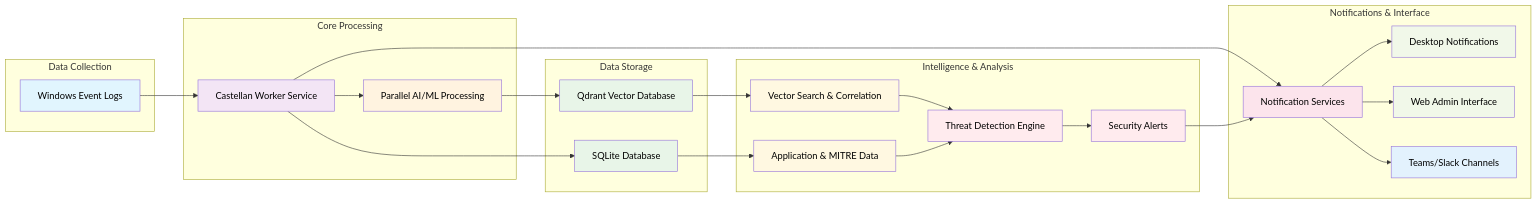
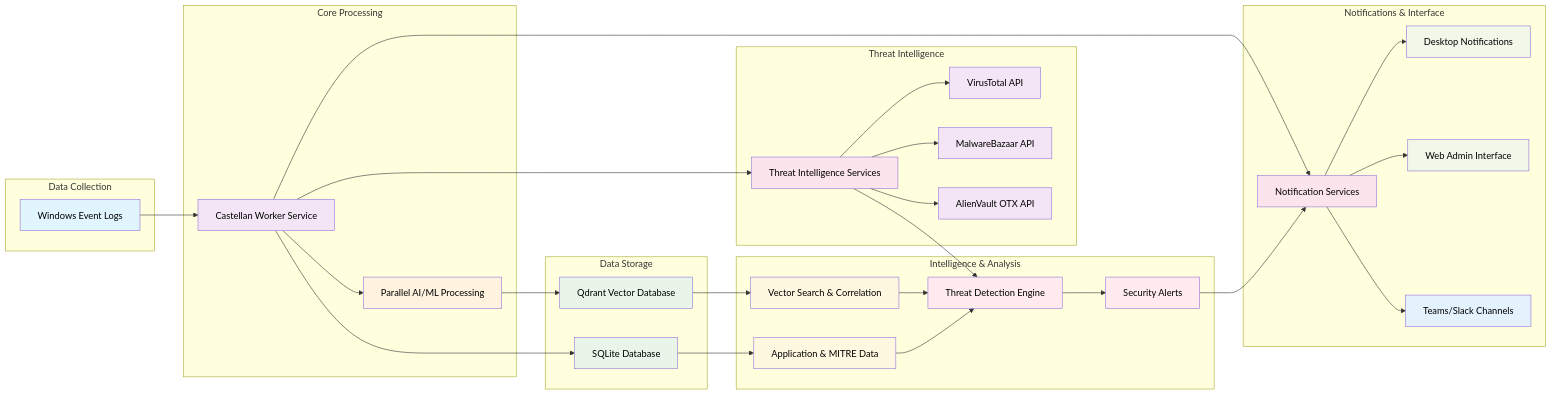
The first of 3 diagrams in README.md (MLidstrom/Castellan), drawn with Mermaid before and after one commit. The commit also changed other lines of this file and 37 other files, not shown here.

````diff
--- a/README.md
+++ b/README.md
@@ -256,59 +263,75 @@
 ```mermaid
 flowchart LR
     A[Windows Event Logs] --> B[Castellan Worker Service]
     B --> C[Parallel AI/ML Processing]
     C --> D[Qdrant Vector Database]
     B --> K[SQLite Database]
+    B --> N[Threat Intelligence Services]
+    N --> O[VirusTotal API]
+    N --> P[MalwareBazaar API]
+    N --> Q[AlienVault OTX API]
     B --> E[Notification Services]
     E --> F[Desktop Notifications]
     E --> G[Web Admin Interface]
     E --> M[Teams/Slack Channels]
     D --> H[Vector Search & Correlation]
     K --> L[Application & MITRE Data]
-    H --> I[Threat Detection Engine]
+    N --> I[Threat Detection Engine]
+    H --> I
     I --> J[Security Alerts]
     J --> E
     L --> I
     
     subgraph "Data Collection"
         A
     end
     
     subgraph "Core Processing"
         B
         C
     end
     
     subgraph "Data Storage"
         D
         K
+    end
+    
+    subgraph "Threat Intelligence"
+        N
+        O
+        P
+        Q
     end
     
     subgraph "Intelligence & Analysis"
         H
         L
         I
         J
     end
     
     subgraph "Notifications & Interface"
         F
         G
         M
         E
     end
     
     style A fill:#e1f5fe,color:#000
     style B fill:#f3e5f5,color:#000
     style C fill:#fff3e0,color:#000
     style D fill:#e8f5e8,color:#000
     style K fill:#e8f5e8,color:#000
     style E fill:#fce4ec,color:#000
     style F fill:#f1f8e9,color:#000
     style G fill:#f1f8e9,color:#000
     style H fill:#fff8e1,color:#000
     style L fill:#fff8e1,color:#000
     style I fill:#ffebee,color:#000
     style J fill:#ffebee,color:#000
     style M fill:#e3f2fd,color:#000
+    style N fill:#fce4ec,color:#000
+    style O fill:#f3e5f5,color:#000
+    style P fill:#f3e5f5,color:#000
+    style Q fill:#f3e5f5,color:#000
 ```
````
